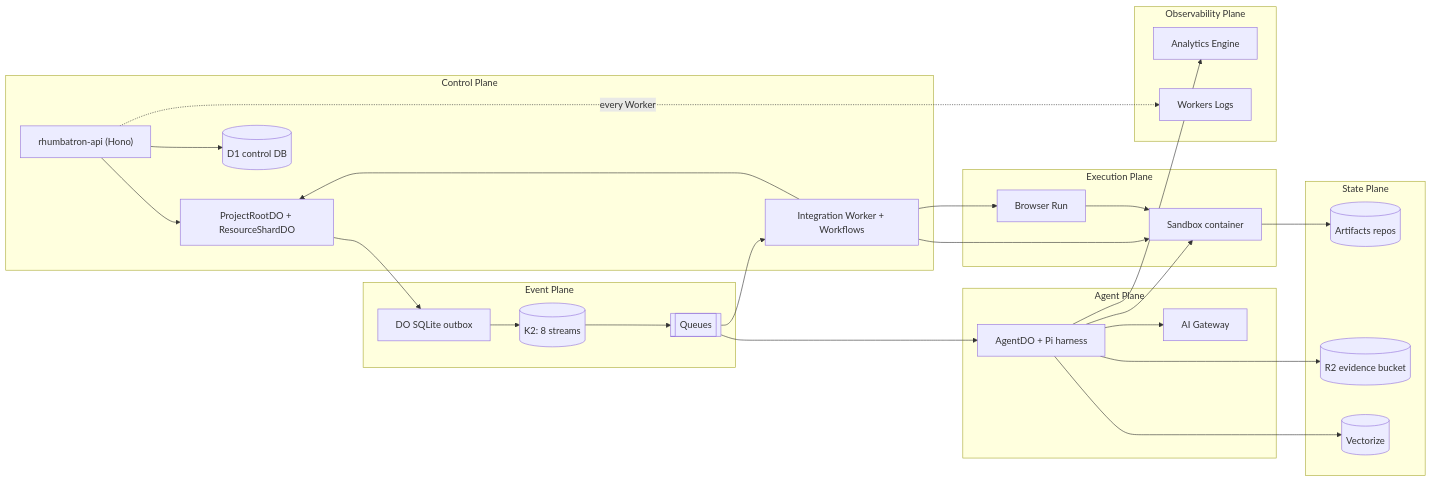
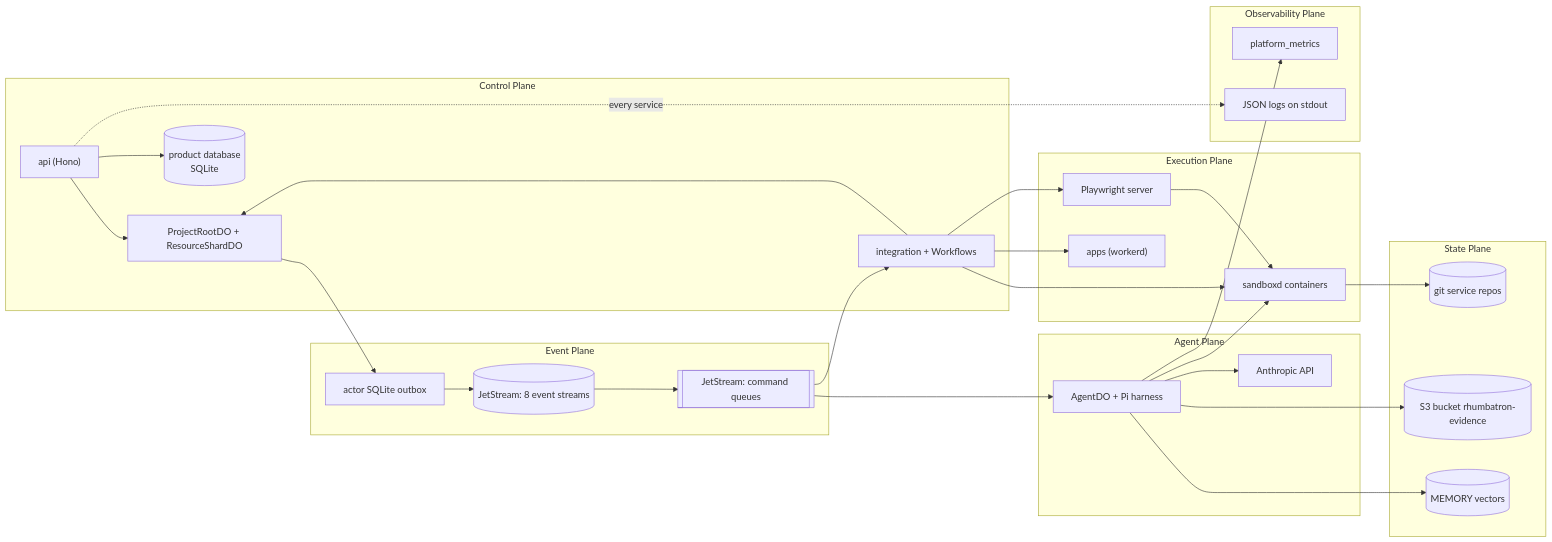
The first of 4 diagrams in docs/architecture/README.md (nsudhanva/rhumbatron), drawn with Mermaid before and after one commit. The commit also changed other lines of this file and 322 other files, not shown here.

First line of the commit message:
feat!: run Rhumbatron as one Docker Compose stack on open-source backends

````diff
--- a/docs/architecture/README.md
+++ b/docs/architecture/README.md
@@ -27,44 +27,46 @@
 ```mermaid
 flowchart LR
   subgraph Control["Control Plane"]
-    API["rhumbatron-api (Hono)"]
+    API["api (Hono)"]
     ROOT["ProjectRootDO + ResourceShardDO"]
-    INT["Integration Worker + Workflows"]
-    D1[("D1 control DB")]
+    INT["integration + Workflows"]
+    DB[("product database<br/>SQLite")]
   end
   subgraph Event["Event Plane"]
-    OUTBOX["DO SQLite outbox"]
-    K2[("K2: 8 streams")]
-    Q[["Queues"]]
+    OUTBOX["actor SQLite outbox"]
+    EVL[("JetStream: 8 event streams")]
+    Q[["JetStream: command queues"]]
   end
   subgraph Agent["Agent Plane"]
     AGENT["AgentDO + Pi harness"]
-    GW["AI Gateway"]
+    ANT["Anthropic API"]
   end
   subgraph Exec["Execution Plane"]
-    SBX["Sandbox container"]
-    BR["Browser Run"]
+    SBX["sandboxd containers"]
+    BR["Playwright server"]
+    APPS["apps (workerd)"]
   end
   subgraph State["State Plane"]
-    ART[("Artifacts repos")]
-    R2[("R2 evidence bucket")]
-    VEC[("Vectorize")]
+    GIT[("git service repos")]
+    OBJ[("S3 bucket rhumbatron-evidence")]
+    VEC[("MEMORY vectors")]
   end
   subgraph Obs["Observability Plane"]
-    AE["Analytics Engine"]
-    LOGS["Workers Logs"]
+    MET["platform_metrics"]
+    LOGS["JSON logs on stdout"]
   end
-  API --> ROOT --> OUTBOX --> K2 --> Q
+  API --> ROOT --> OUTBOX --> EVL --> Q
   Q --> AGENT
   Q --> INT
   INT --> ROOT
-  AGENT --> GW
-  AGENT --> SBX --> ART
+  AGENT --> ANT
+  AGENT --> SBX --> GIT
   INT --> SBX
   INT --> BR --> SBX
-  AGENT --> R2
+  INT --> APPS
+  AGENT --> OBJ
   AGENT --> VEC
-  AGENT --> AE
-  API --> D1
-  API -.->|"every Worker"| LOGS
+  AGENT --> MET
+  API --> DB
+  API -.->|"every service"| LOGS
 ```
````
